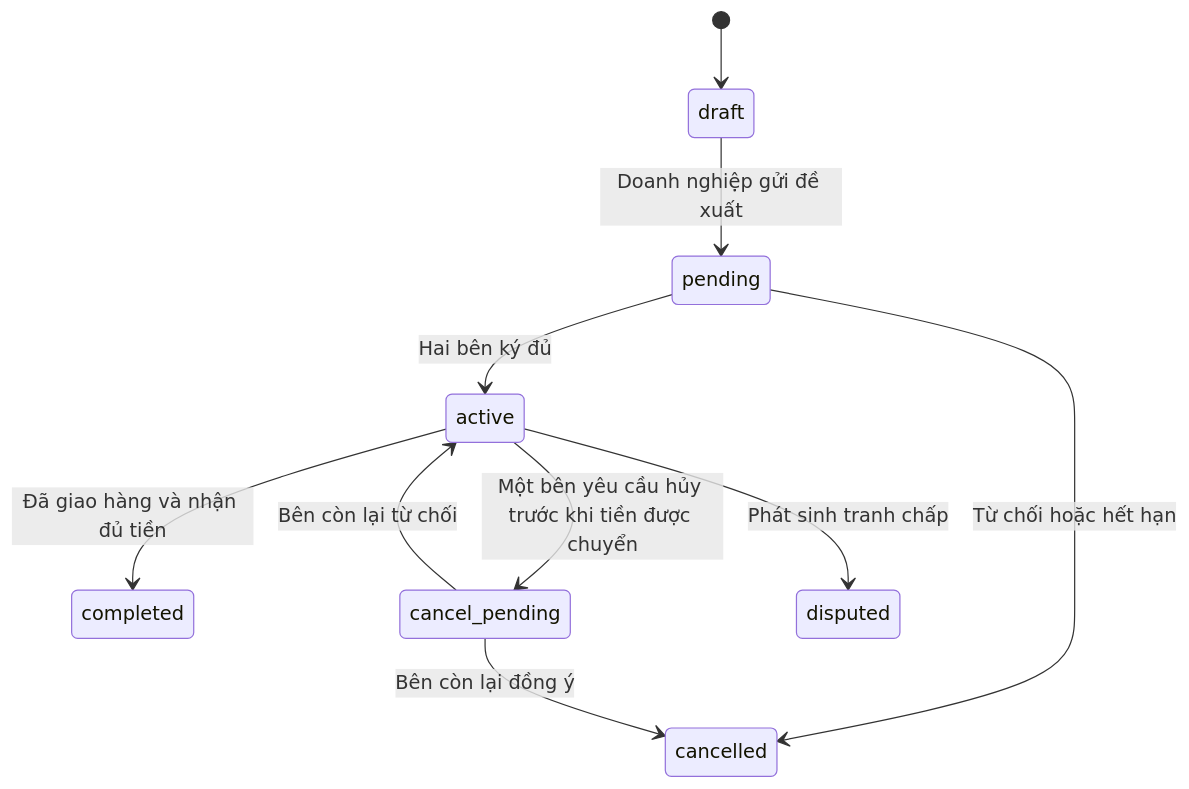
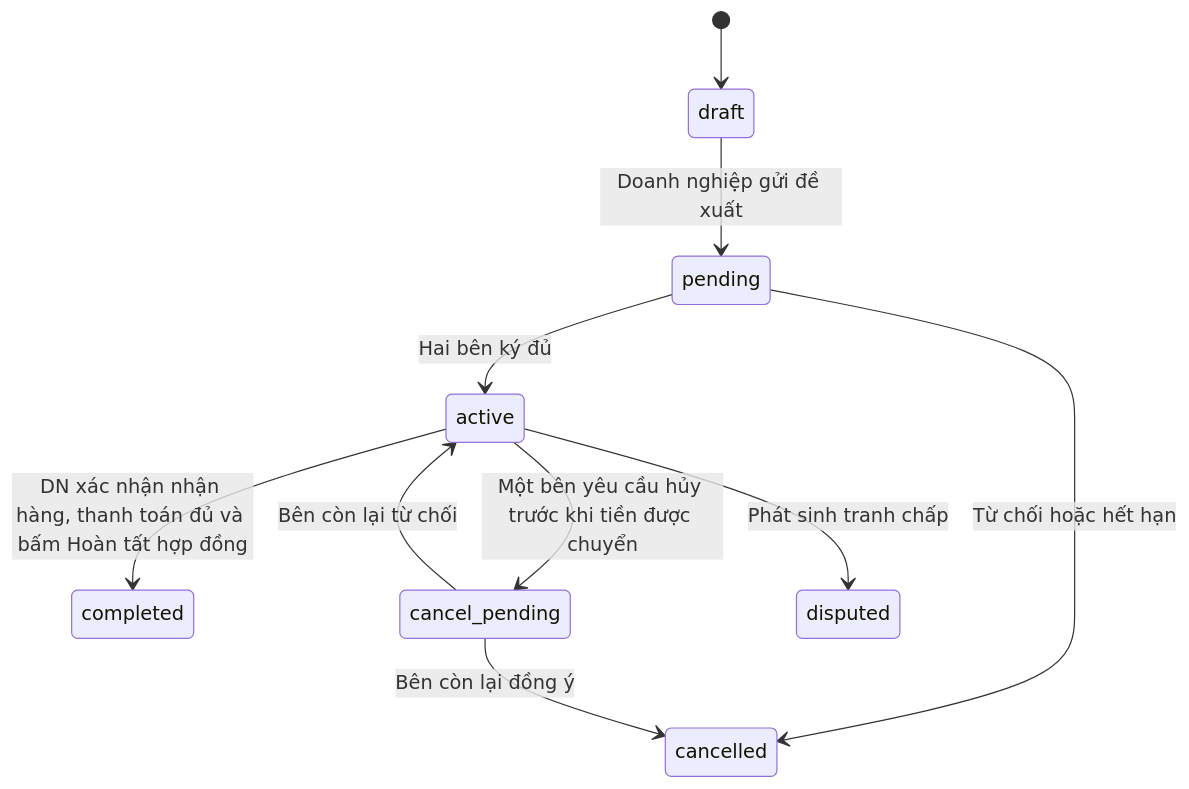
The second of 2 diagrams in README.md (bovlnguyn/Preonic), drawn with Mermaid before and after one commit. The commit also changed other lines of this file and 56 other files, not shown here.

````diff
--- a/README.md
+++ b/README.md
@@ -187,12 +188,12 @@
 ```mermaid
 stateDiagram-v2
     [*] --> draft
     draft --> pending: Doanh nghiệp gửi đề xuất
     pending --> active: Hai bên ký đủ
-    active --> completed: Đã giao hàng và nhận đủ tiền
+    active --> completed: DN xác nhận nhận hàng, thanh toán đủ và bấm Hoàn tất hợp đồng
     pending --> cancelled: Từ chối hoặc hết hạn
     active --> cancel_pending: Một bên yêu cầu hủy trước khi tiền được chuyển
     cancel_pending --> cancelled: Bên còn lại đồng ý
     cancel_pending --> active: Bên còn lại từ chối
     active --> disputed: Phát sinh tranh chấp
 ```
````
